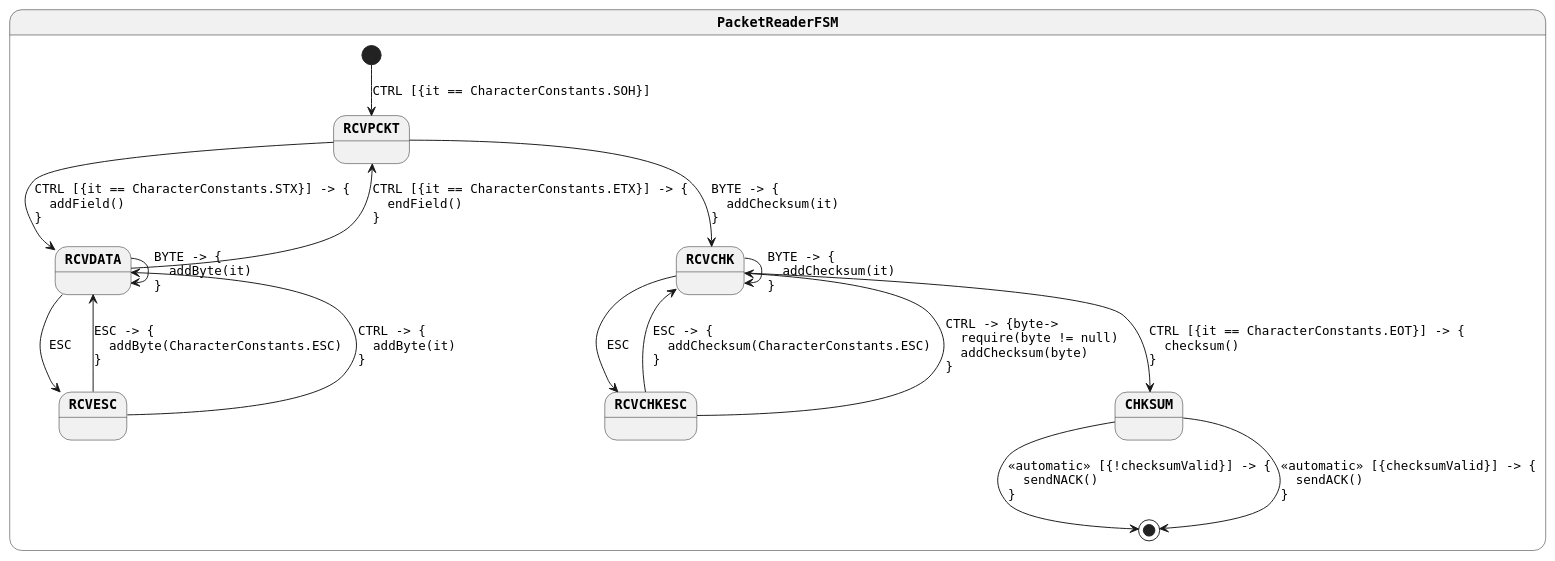
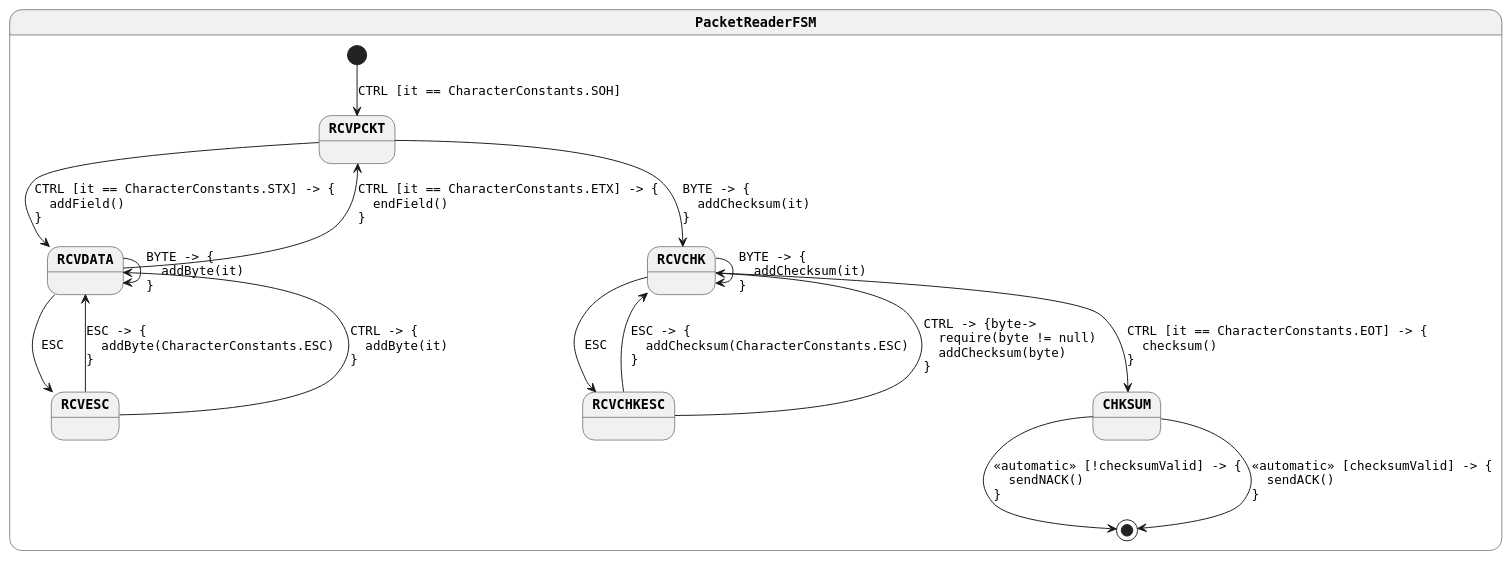
Before and after one commit to open-jumpco/kfsm-viz-plugin: the diagram in output/generated/packet-reader.plantuml, drawn with PlantUML. The commit also changed 17 other files, not shown here.

```diff
--- a/output/generated/packet-reader.plantuml
+++ b/output/generated/packet-reader.plantuml
@@ -1,27 +1,26 @@
 @startuml
 skinparam monochrome true
 skinparam StateFontName Helvetica
 skinparam defaultFontName Monospaced
 skinparam defaultFontStyle Bold
 skinparam state {
-    FontColor Black
     FontStyle Bold
 }
 state PacketReaderFSM {
-[*] --> RCVPCKT : CTRL [{it == CharacterConstants.SOH}]
-RCVPCKT --> RCVDATA : CTRL [{it == CharacterConstants.STX}] -> {\l  addField()\l}
+[*] --> RCVPCKT : CTRL [it == CharacterConstants.SOH]
+RCVPCKT --> RCVDATA : CTRL [it == CharacterConstants.STX] -> {\l  addField()\l}
 RCVPCKT --> RCVCHK : BYTE -> {\l  addChecksum(it)\l}
 RCVDATA --> RCVDATA : BYTE -> {\l  addByte(it)\l}
-RCVDATA --> RCVPCKT : CTRL [{it == CharacterConstants.ETX}] -> {\l  endField()\l}
+RCVDATA --> RCVPCKT : CTRL [it == CharacterConstants.ETX] -> {\l  endField()\l}
 RCVDATA --> RCVESC : ESC
 RCVESC --> RCVDATA : ESC -> {\l  addByte(CharacterConstants.ESC)\l}
 RCVESC --> RCVDATA : CTRL -> {\l  addByte(it)\l}
 RCVCHK --> RCVCHK : BYTE -> {\l  addChecksum(it)\l}
 RCVCHK --> RCVCHKESC : ESC
-RCVCHK --> CHKSUM : CTRL [{it == CharacterConstants.EOT}] -> {\l  checksum()\l}
-CHKSUM --> [*] : <<automatic>> [{!checksumValid}] -> {\l  sendNACK()\l}
-CHKSUM --> [*] : <<automatic>> [{checksumValid}] -> {\l  sendACK()\l}
+RCVCHK --> CHKSUM : CTRL [it == CharacterConstants.EOT] -> {\l  checksum()\l}
+CHKSUM --> [*] : <<automatic>> [!checksumValid] -> {\l  sendNACK()\l}
+CHKSUM --> [*] : <<automatic>> [checksumValid] -> {\l  sendACK()\l}
 RCVCHKESC --> RCVCHK : ESC -> {\l  addChecksum(CharacterConstants.ESC)\l}
 RCVCHKESC --> RCVCHK : CTRL -> {byte->\l  require(byte != null)\l  addChecksum(byte)\l}
 }
 @enduml
```
